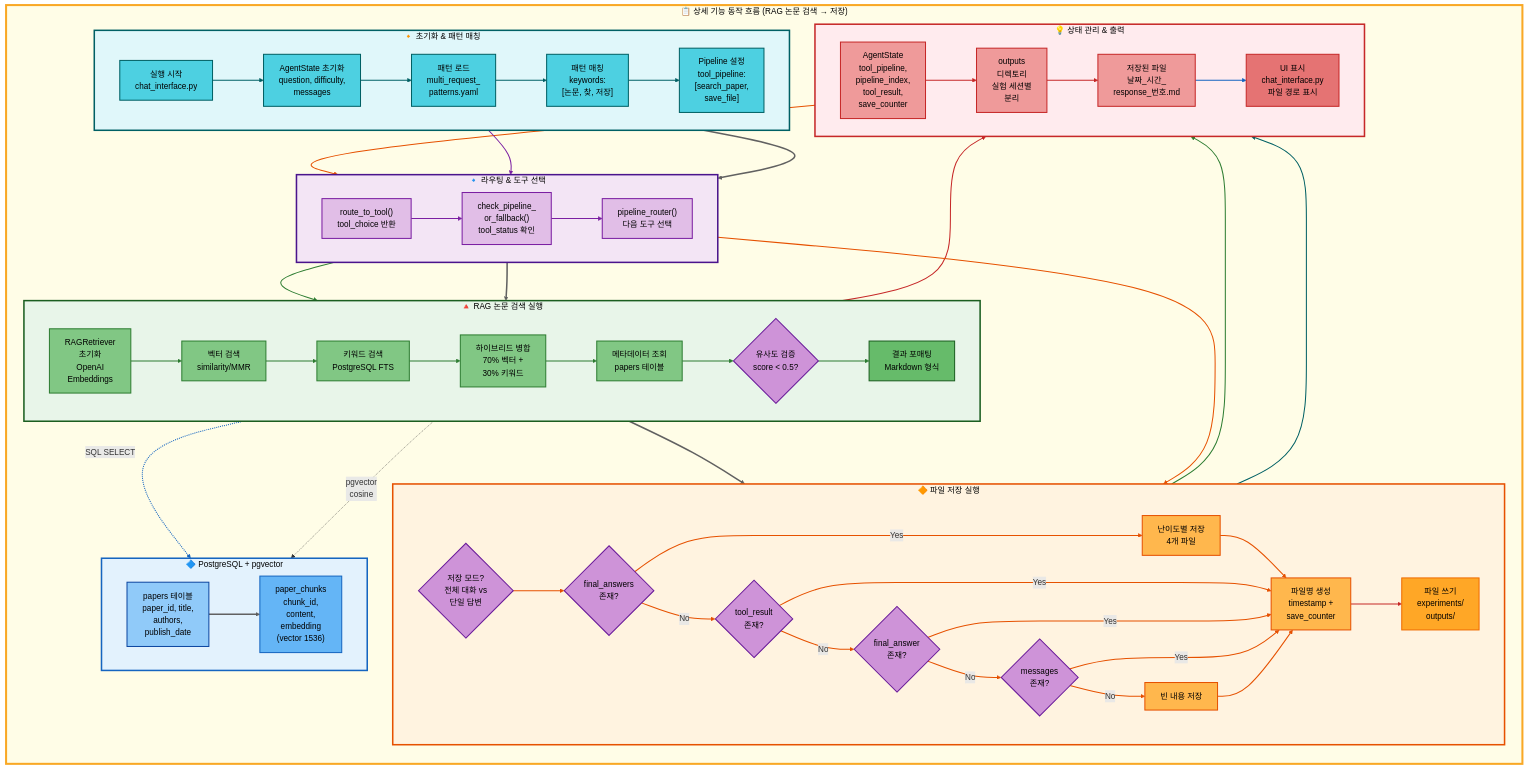
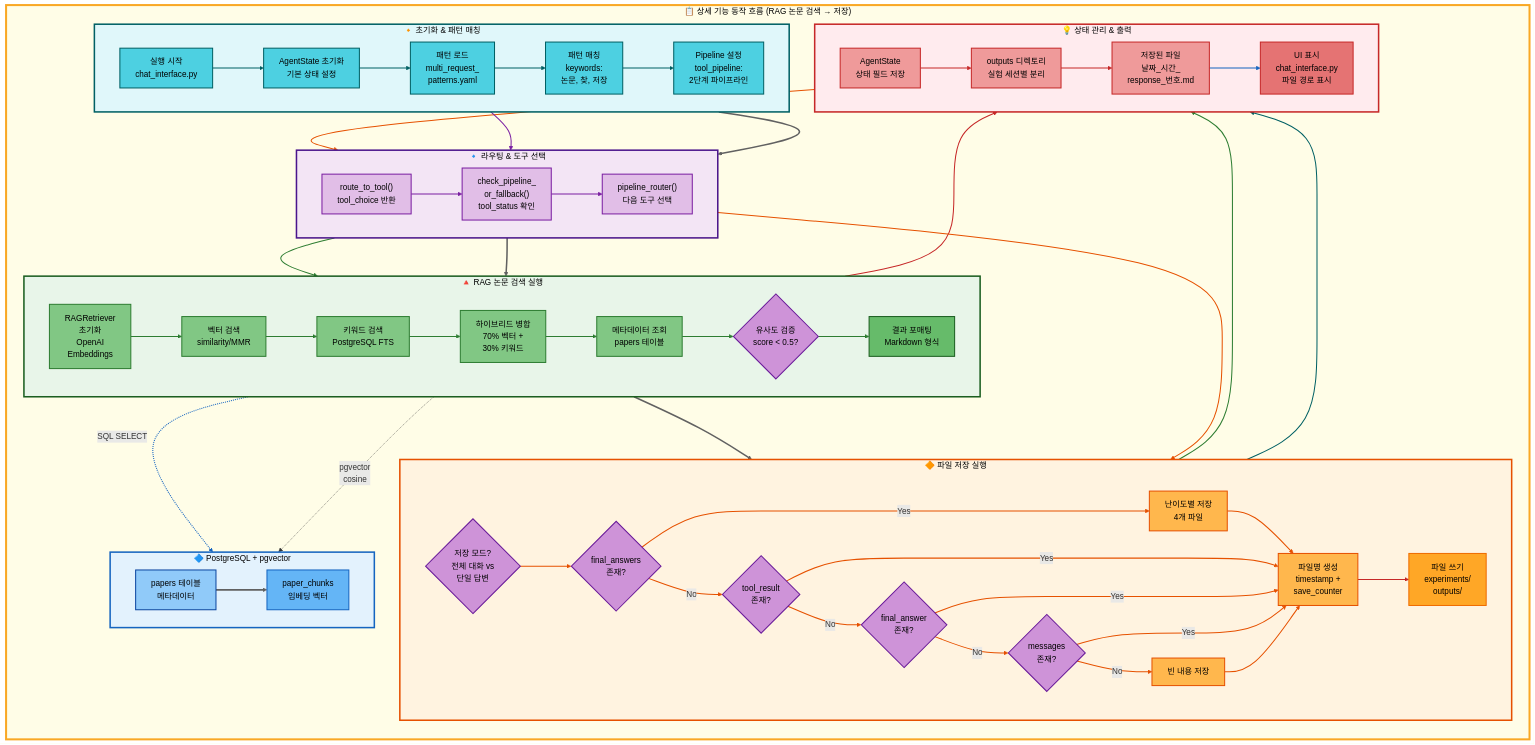
The second of 2 diagrams in docs/architecture/multiple_request/02_이중요청_RAG논문검색_저장.md (AIBootcamp14/langchainproject-new-langchainproject_5), drawn with Mermaid before and after one commit. The commit also changed other lines of this file and 1 other file, not shown here.

Commit message:
fix: 다중 요청 문서 Mermaid 파싱 오류 수정
Mermaid 노드 레이블에서 특수문자 제거
- 대괄호 [] 제거 (파싱 오류 발생)
- 복잡한 괄호 () 사용 간소화
- 다중 라인 설명 단순화

수정된 파일:
- 01_이중요청_RAG논문검색_논문요약.md (7개 노드)
- 02_이중요청_RAG논문검색_저장.md (6개 노드)

```diff
--- a/docs/architecture/multiple_request/02_이중요청_RAG논문검색_저장.md
+++ b/docs/architecture/multiple_request/02_이중요청_RAG논문검색_저장.md
@@ -327,10 +327,10 @@
 
         subgraph Init["🔸 초기화 & 패턴 매칭"]
             direction LR
-            Start["실행 시작<br/>chat_interface.py"] --> InitState["AgentState 초기화<br/>question, difficulty,<br/>messages"]
+            Start["실행 시작<br/>chat_interface.py"] --> InitState["AgentState 초기화<br/>기본 상태 설정"]
             InitState --> LoadPatterns["패턴 로드<br/>multi_request_<br/>patterns.yaml"]
-            LoadPatterns --> PatternMatch["패턴 매칭<br/>keywords:<br/>[논문, 찾, 저장]"]
-            PatternMatch --> SetPipeline["Pipeline 설정<br/>tool_pipeline:<br/>[search_paper,<br/>save_file]"]
+            LoadPatterns --> PatternMatch["패턴 매칭<br/>keywords:<br/>논문, 찾, 저장"]
+            PatternMatch --> SetPipeline["Pipeline 설정<br/>tool_pipeline:<br/>2단계 파이프라인"]
         end
 
         subgraph Routing["🔹 라우팅 & 도구 선택"]
@@ -367,14 +367,14 @@
 
         subgraph State["💡 상태 관리 & 출력"]
             direction LR
-            StateFields["AgentState<br/>tool_pipeline,<br/>pipeline_index,<br/>tool_result,<br/>save_counter"] --> OutputDir["outputs<br/>디렉토리<br/>실험 세션별<br/>분리"]
+            StateFields["AgentState<br/>상태 필드 저장"] --> OutputDir["outputs 디렉토리<br/>실험 세션별 분리"]
             OutputDir --> SavedFile["저장된 파일<br/>날짜_시간_<br/>response_번호.md"]
             SavedFile --> DisplayResult["UI 표시<br/>chat_interface.py<br/>파일 경로 표시"]
         end
 
         subgraph Database["🔷 PostgreSQL + pgvector"]
             direction LR
-            PapersTable["papers 테이블<br/>paper_id, title,<br/>authors,<br/>publish_date"] --> ChunksTable["paper_chunks<br/>chunk_id,<br/>content,<br/>embedding<br/>(vector 1536)"]
+            PapersTable["papers 테이블<br/>메타데이터"] --> ChunksTable["paper_chunks<br/>임베딩 벡터"]
         end
 
         %% 단계 간 연결
```
